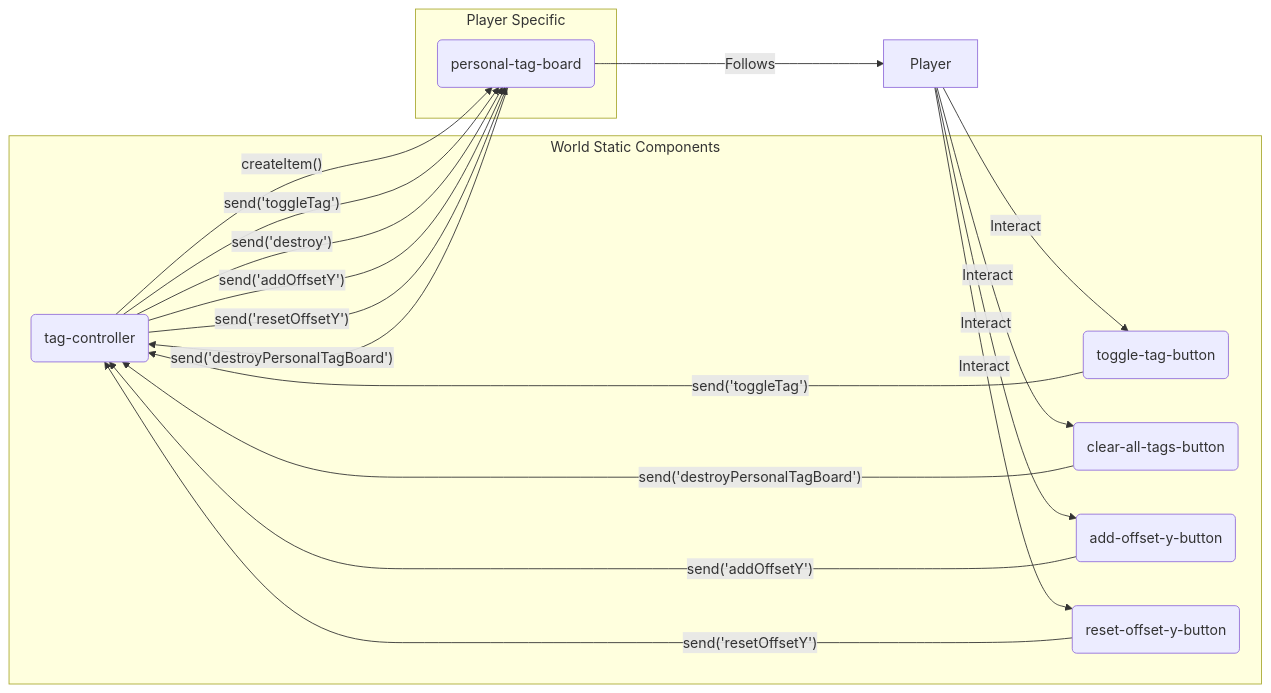
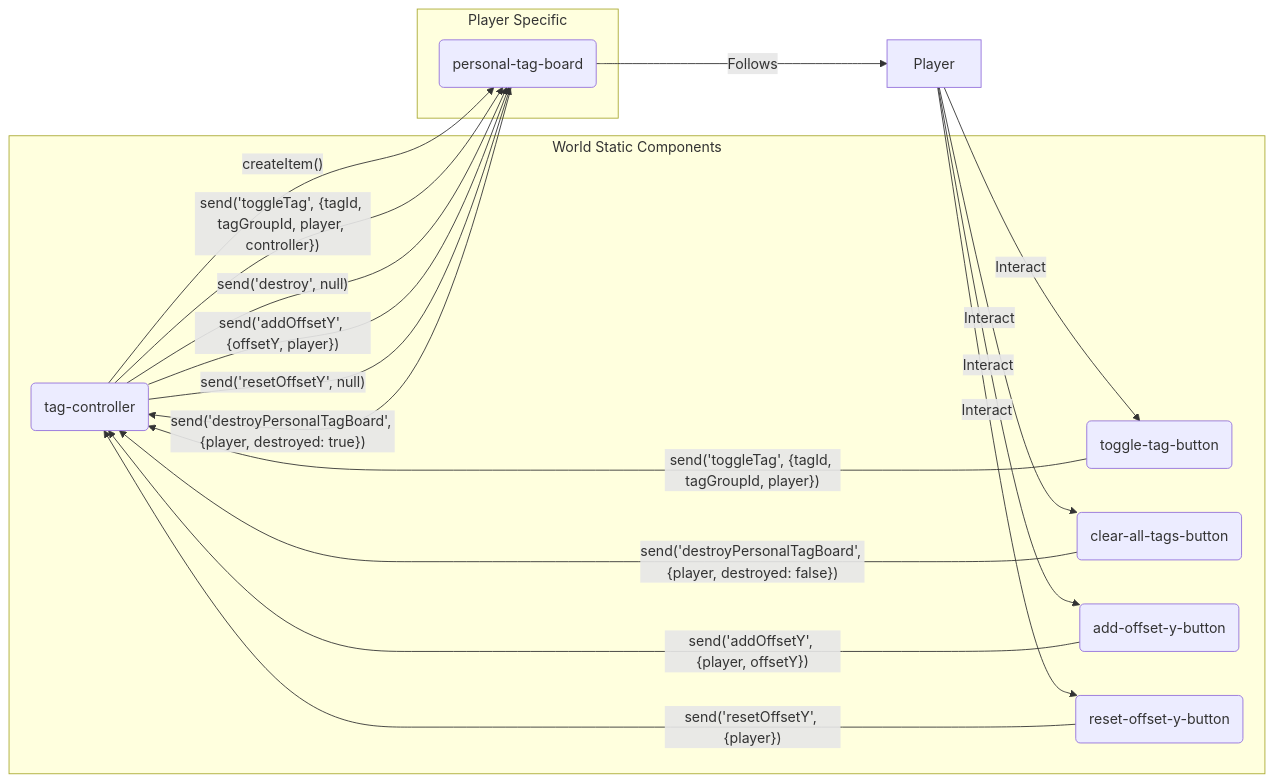
The first of 2 diagrams in ARCHITECTURE.md (somnicattus/cluster-vr-tag-marker-system), drawn with Mermaid before and after one commit. The commit also changed other lines of this file, not shown here.

Commit message:
Clarifies message parameters in architecture
Refines the description of inter-component messages, specifying parameters for `destroyPersonalTagBoard`, `addOffsetY`, and `toggleTag`.
Updates the component interaction diagram to reflect these more detailed message specifications.

````diff
--- a/ARCHITECTURE.md
+++ b/ARCHITECTURE.md
@@ -68,33 +68,33 @@
 ```mermaid
 graph LR
     subgraph World Static Components
         TC(tag-controller)
         TTB(toggle-tag-button)
         CTB(clear-all-tags-button)
         AOB(add-offset-y-button)
         ROB(reset-offset-y-button)
     end
 
     subgraph Player Specific
         PTB(personal-tag-board)
     end
 
     Player -- Interact --> TTB
     Player -- Interact --> CTB
     Player -- Interact --> AOB
     Player -- Interact --> ROB
 
-    TTB -- "send('toggleTag')" --> TC
-    CTB -- "send('destroyPersonalTagBoard')" --> TC
-    AOB -- "send('addOffsetY')" --> TC
-    ROB -- "send('resetOffsetY')" --> TC
+    TTB -- "send('toggleTag', {tagId, tagGroupId, player})" --> TC
+    CTB -- "send('destroyPersonalTagBoard', {player, destroyed: false})" --> TC
+    AOB -- "send('addOffsetY', {player, offsetY})" --> TC
+    ROB -- "send('resetOffsetY', {player})" --> TC
 
     TC -- "createItem()" --> PTB
-    TC -- "send('toggleTag')" --> PTB
-    TC -- "send('destroy')" --> PTB
-    TC -- "send('addOffsetY')" --> PTB
-    TC -- "send('resetOffsetY')" --> PTB
+    TC -- "send('toggleTag', {tagId, tagGroupId, player, controller})" --> PTB
+    TC -- "send('destroy', null)" --> PTB
+    TC -- "send('addOffsetY', {offsetY, player})" --> PTB
+    TC -- "send('resetOffsetY', null)" --> PTB
 
-    PTB -- "send('destroyPersonalTagBoard')" --> TC
+    PTB -- "send('destroyPersonalTagBoard', {player, destroyed: true})" --> TC
     PTB -- Follows --> Player
 ```
````
